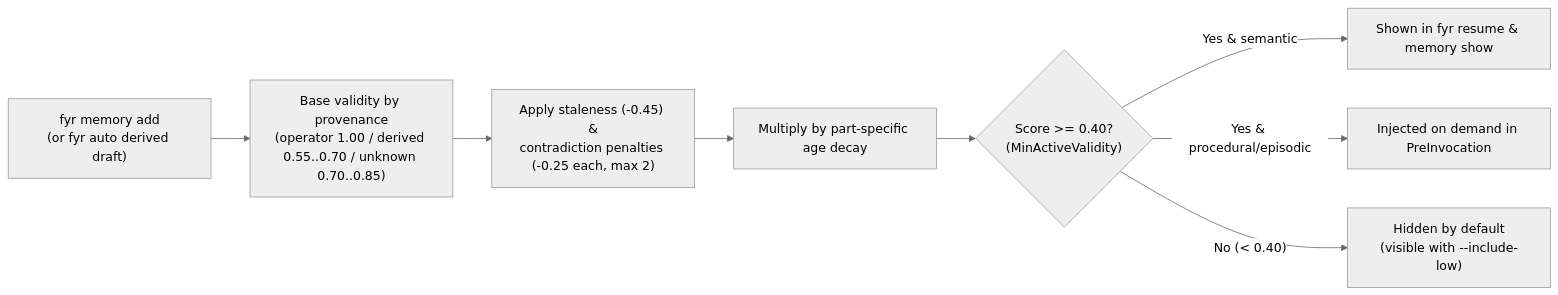
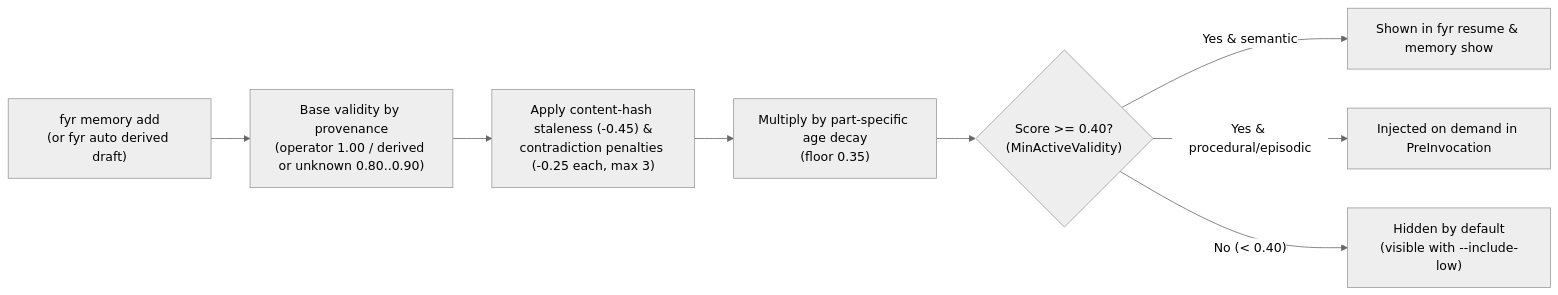
Before and after one commit to kesokaj/fyr: the third of 3 diagrams in features/brain-and-memory.md, drawn with Mermaid (neutral theme). The commit also changed other lines of this file and 8 other files, not shown here.

````diff
--- a/features/brain-and-memory.md
+++ b/features/brain-and-memory.md
@@ -47,10 +47,10 @@
 ```mermaid
 flowchart LR
-    memAdd["fyr memory add\n(or fyr auto derived draft)"] --> baseScore["Base validity by provenance\n(operator 1.00 / derived 0.55..0.70 / unknown 0.70..0.85)"]
-    baseScore --> penalties["Apply staleness (-0.45) &\ncontradiction penalties (-0.25 each, max 2)"]
-    penalties --> ageDecay["Multiply by part-specific age decay"]
+    memAdd["fyr memory add\n(or fyr auto derived draft)"] --> baseScore["Base validity by provenance\n(operator 1.00 / derived or unknown 0.80..0.90)"]
+    baseScore --> penalties["Apply content-hash staleness (-0.45) &\ncontradiction penalties (-0.25 each, max 3)"]
+    penalties --> ageDecay["Multiply by part-specific age decay\n(floor 0.35)"]
     ageDecay --> thresholdCheck{"Score >= 0.40?\n(MinActiveValidity)"}
     thresholdCheck -- "Yes & semantic" --> loadResume["Shown in fyr resume & memory show"]
     thresholdCheck -- "Yes & procedural/episodic" --> injectPreInv["Injected on demand in PreInvocation"]
     thresholdCheck -- "No (< 0.40)" --> hiddenLow["Hidden by default\n(visible with --include-low)"]
 ```
````
